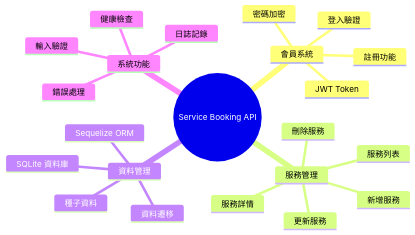
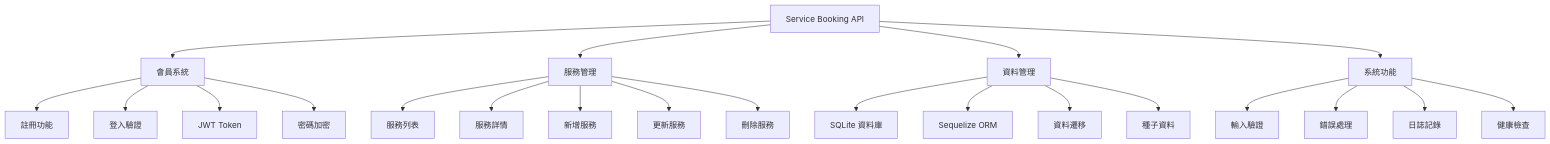
The first of 22 diagrams in README.md (tboydar/service-booking-api), drawn with Mermaid before and after one commit. The commit also changed other lines of this file and 11 other files, not shown here.

````diff
--- a/README.md
+++ b/README.md
@@ -65,25 +40,28 @@
 ```mermaid
-mindmap
-  root((Service Booking API))
-    會員系統
-      註冊功能
-      登入驗證
-      JWT Token
-      密碼加密
-    服務管理
-      服務列表
-      服務詳情
-      新增服務
-      更新服務
-      刪除服務
-    資料管理
-      SQLite 資料庫
-      Sequelize ORM
-      資料遷移
-      種子資料
-    系統功能
-      輸入驗證
-      錯誤處理
-      日誌記錄
-      健康檢查
+graph TD
+    A[Service Booking API] --> B[會員系統]
+    A --> C[服務管理]
+    A --> D[資料管理]
+    A --> E[系統功能]
+
+    B --> B1[註冊功能]
+    B --> B2[登入驗證]
+    B --> B3[JWT Token]
+    B --> B4[密碼加密]
+
+    C --> C1[服務列表]
+    C --> C2[服務詳情]
+    C --> C3[新增服務]
+    C --> C4[更新服務]
+    C --> C5[刪除服務]
+
+    D --> D1[SQLite 資料庫]
+    D --> D2[Sequelize ORM]
+    D --> D3[資料遷移]
+    D --> D4[種子資料]
+
+    E --> E1[輸入驗證]
+    E --> E2[錯誤處理]
+    E --> E3[日誌記錄]
+    E --> E4[健康檢查]
 ```
````
